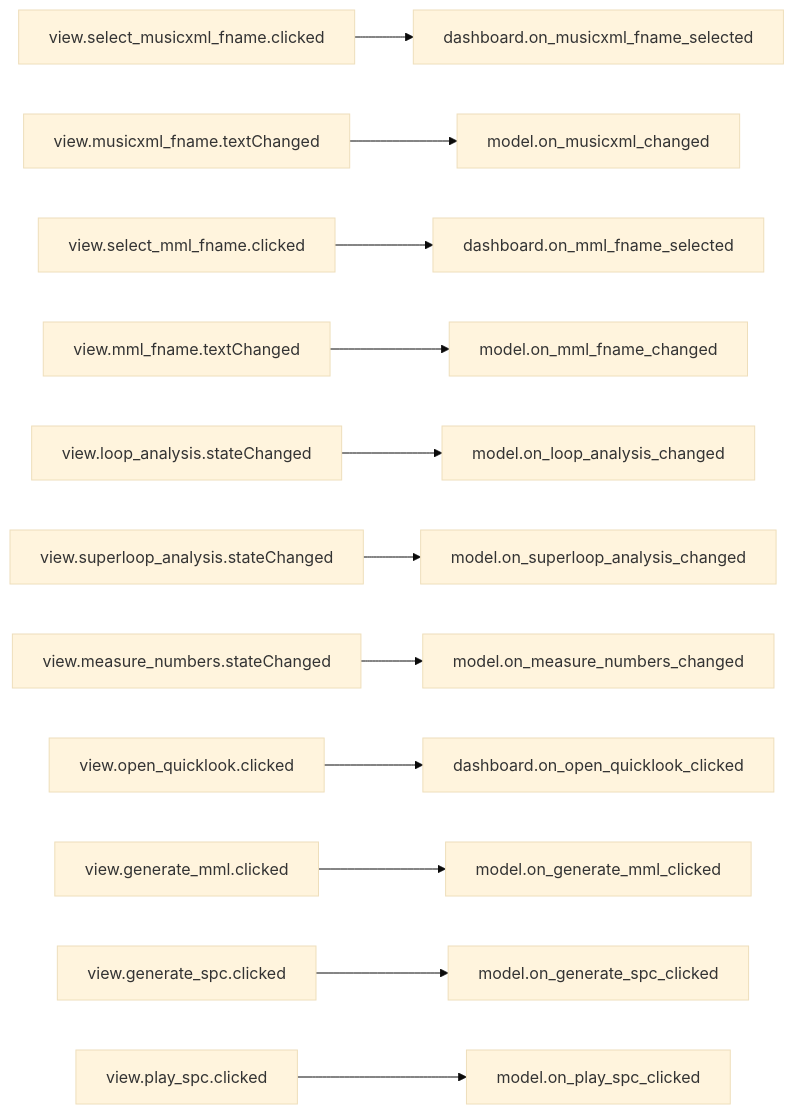
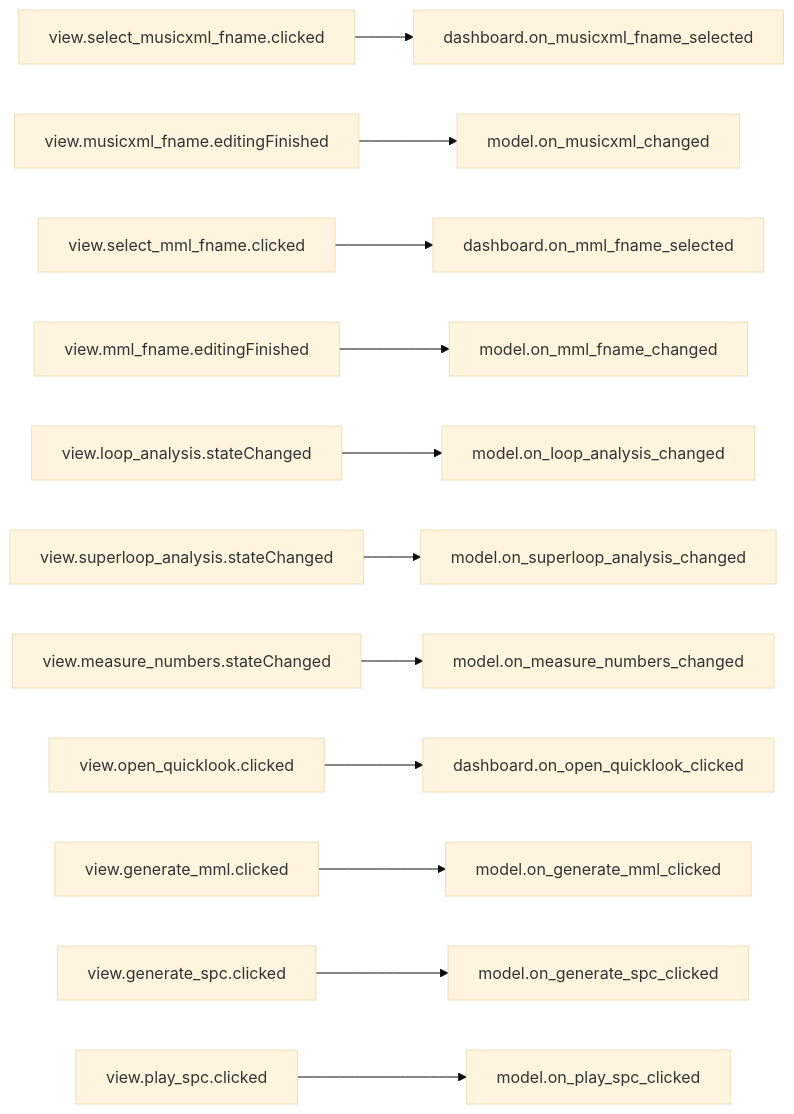
Before and after one commit to com-posers-pit/smw_music: the second of 7 diagrams in doc/source/dashboard_signal_slot_map.rst, drawn with Mermaid (base theme). The commit also changed other lines of this file and 1 other file, not shown here.

First line of the commit message:
QLineEdit signals: s/textChanged/editingFinished

```diff
--- a/doc/source/dashboard_signal_slot_map.rst
+++ b/doc/source/dashboard_signal_slot_map.rst
@@ -20,14 +28,14 @@
 .. mermaid::
 
    flowchart LR
       view.select_musicxml_fname.clicked --> dashboard.on_musicxml_fname_selected
-      view.musicxml_fname.textChanged --> model.on_musicxml_changed
+      view.musicxml_fname.editingFinished --> model.on_musicxml_changed
       view.select_mml_fname.clicked --> dashboard.on_mml_fname_selected
-      view.mml_fname.textChanged --> model.on_mml_fname_changed
+      view.mml_fname.editingFinished --> model.on_mml_fname_changed
       view.loop_analysis.stateChanged --> model.on_loop_analysis_changed
       view.superloop_analysis.stateChanged --> model.on_superloop_analysis_changed
       view.measure_numbers.stateChanged --> model.on_measure_numbers_changed
       view.open_quicklook.clicked --> dashboard.on_open_quicklook_clicked
       view.generate_mml.clicked --> model.on_generate_mml_clicked
       view.generate_spc.clicked --> model.on_generate_spc_clicked
       view.play_spc.clicked --> model.on_play_spc_clicked
```
